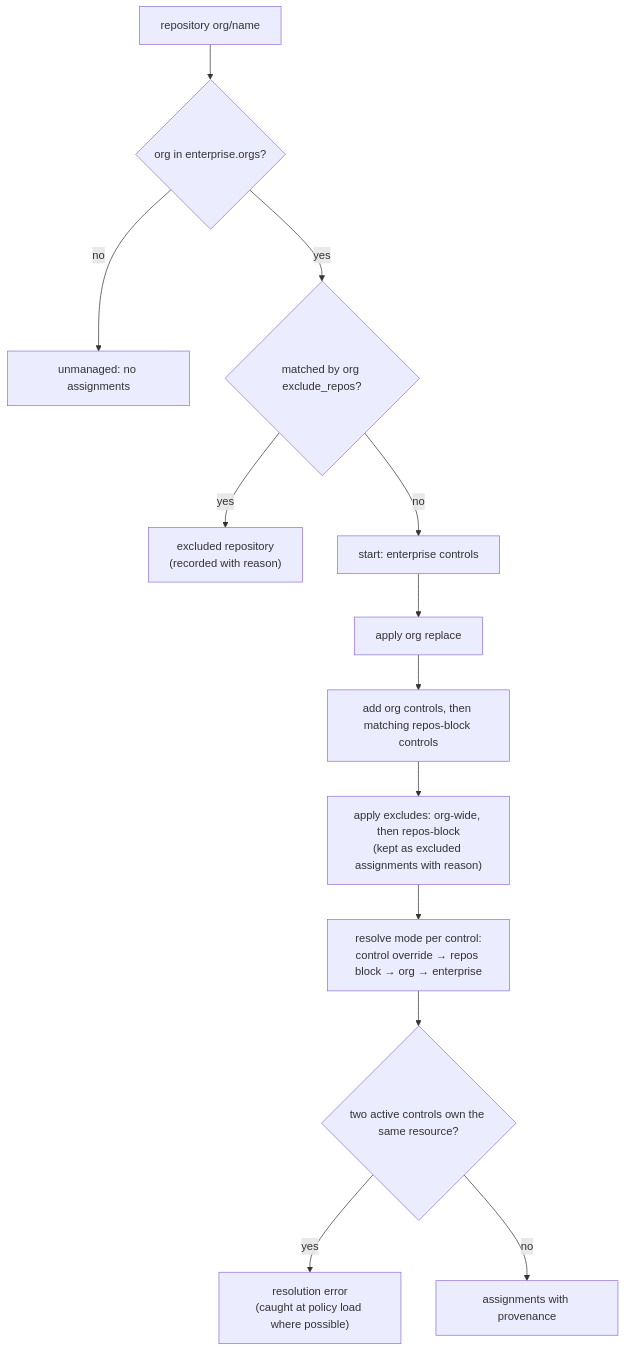
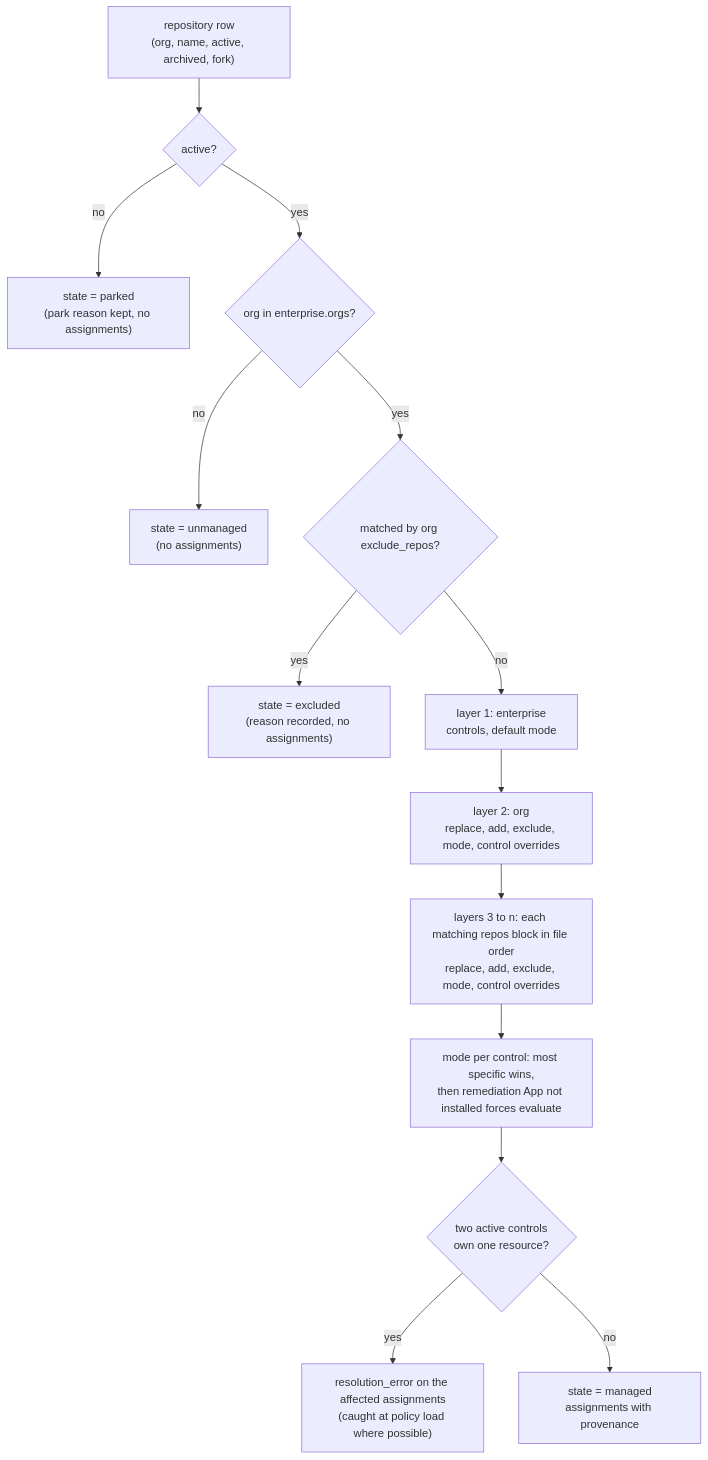
Before and after one commit to donaldgifford/repo-guardian: the diagram in docs/design/0030-policy-model-enterprise-and-org-policies-and-control-assignment.md, drawn with Mermaid. The commit also changed other lines of this file and 3 other files, not shown here.

````diff
--- a/docs/design/0030-policy-model-enterprise-and-org-policies-and-control-assignment.md
+++ b/docs/design/0030-policy-model-enterprise-and-org-policies-and-control-assignment.md
@@ -214,15 +262,16 @@
 ```mermaid
 flowchart TD
-    A[repository org/name] --> B{org in enterprise.orgs?}
-    B -- no --> U[unmanaged: no assignments]
-    B -- yes --> C{matched by org exclude_repos?}
-    C -- yes --> X["excluded repository<br/>(recorded with reason)"]
-    C -- no --> D[start: enterprise controls]
-    D --> E[apply org replace]
-    E --> F[add org controls, then matching repos-block controls]
-    F --> G["apply excludes: org-wide, then repos-block<br/>(kept as excluded assignments with reason)"]
-    G --> H[resolve mode per control:<br/>control override → repos block → org → enterprise]
-    H --> I{two active controls own the same resource?}
-    I -- yes --> ERR["resolution error<br/>(caught at policy load where possible)"]
-    I -- no --> OUT[assignments with provenance]
+    A["repository row<br/>(org, name, active, archived, fork)"] --> P{"active?"}
+    P -- no --> PK["state = parked<br/>(park reason kept, no assignments)"]
+    P -- yes --> B{"org in enterprise.orgs?"}
+    B -- no --> U["state = unmanaged<br/>(no assignments)"]
+    B -- yes --> C{"matched by org exclude_repos?"}
+    C -- yes --> X["state = excluded<br/>(reason recorded, no assignments)"]
+    C -- no --> L1["layer 1: enterprise<br/>controls, default mode"]
+    L1 --> L2["layer 2: org<br/>replace, add, exclude, mode, control overrides"]
+    L2 --> L3["layers 3 to n: each matching repos block in file order<br/>replace, add, exclude, mode, control overrides"]
+    L3 --> M["mode per control: most specific wins,<br/>then remediation App not installed forces evaluate"]
+    M --> I{"two active controls<br/>own one resource?"}
+    I -- yes --> ERR["resolution_error on the affected assignments<br/>(caught at policy load where possible)"]
+    I -- no --> OUT["state = managed<br/>assignments with provenance"]
 ```
````
